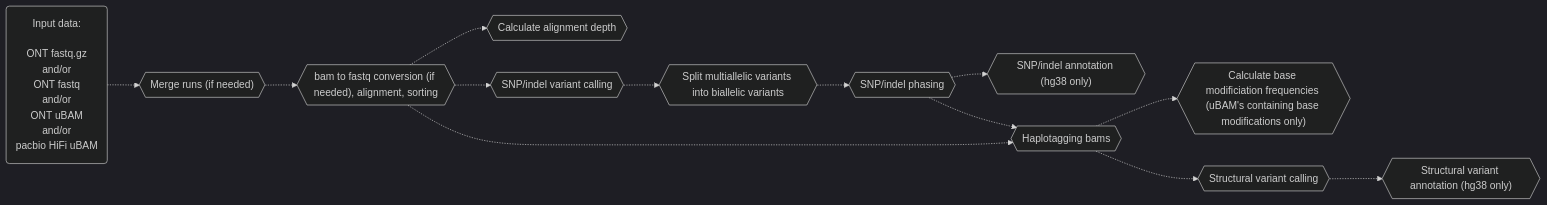
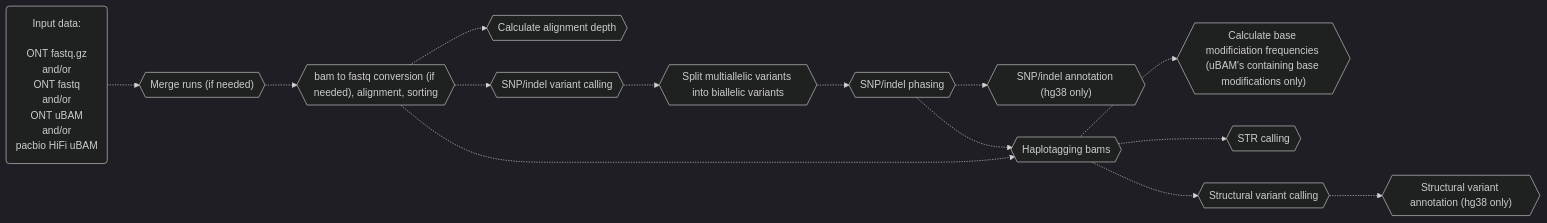
One commit to leahkemp/pipeface changed the first of 3 diagrams in README.md. Above: the diagram before and after it, drawn with Mermaid. The commit also changed other lines of this file and 6 other files, not shown here.

````diff
--- a/README.md
+++ b/README.md
@@ -18,24 +18,26 @@
 ```mermaid
 %%{init: {'theme':'dark'}}%%
 flowchart LR
 
 input_data("Input data: <br><br> ONT fastq.gz <br> and/or <br> ONT fastq <br> and/or <br> ONT uBAM <br> and/or <br> pacbio HiFi uBAM")
 merging{{"Merge runs (if needed)"}}
 alignment{{"bam to fastq conversion (if needed), alignment, sorting"}}
 depth{{"Calculate alignment depth"}}
 snp_indel_calling{{"SNP/indel variant calling"}}
 split_multiallele{{"Split multiallelic variants into biallelic variants"}}
 snp_indel_phasing{{"SNP/indel phasing"}}
 snp_indel_annotation{{"SNP/indel annotation (hg38 only)"}}
 haplotagging{{"Haplotagging bams"}}
 calculate_base_mod_freqs{{"Calculate base modificiation frequencies (uBAM's containing base modifications only)"}}
+str_calling{{"STR calling"}}
 sv_calling{{"Structural variant calling"}}
 sv_annotation{{"Structural variant annotation (hg38 only)"}}
 
 input_data-.->merging-.->alignment-.->snp_indel_calling-.->split_multiallele-.->snp_indel_phasing-.->haplotagging-.->sv_calling
 alignment-.->depth
 alignment-.->haplotagging
 haplotagging-.->calculate_base_mod_freqs
+haplotagging-.->str_calling
 snp_indel_phasing-.->snp_indel_annotation
 sv_calling-.->sv_annotation
 ```
````
